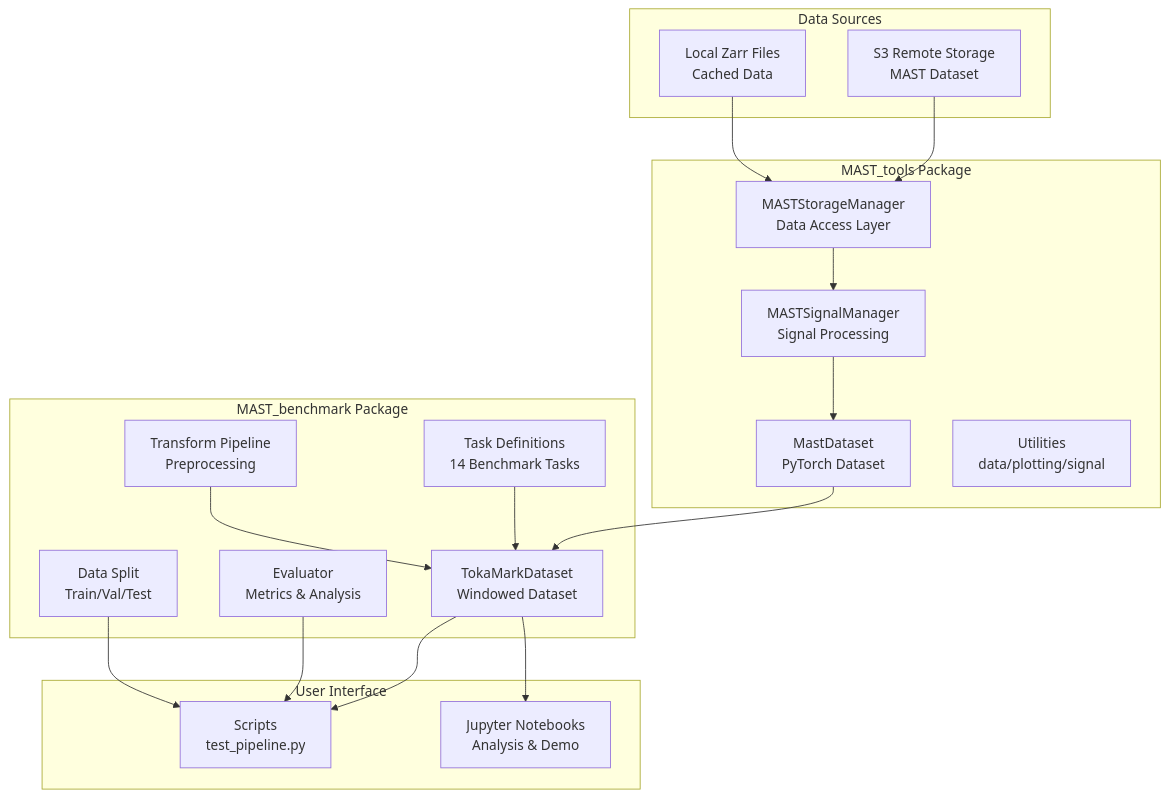
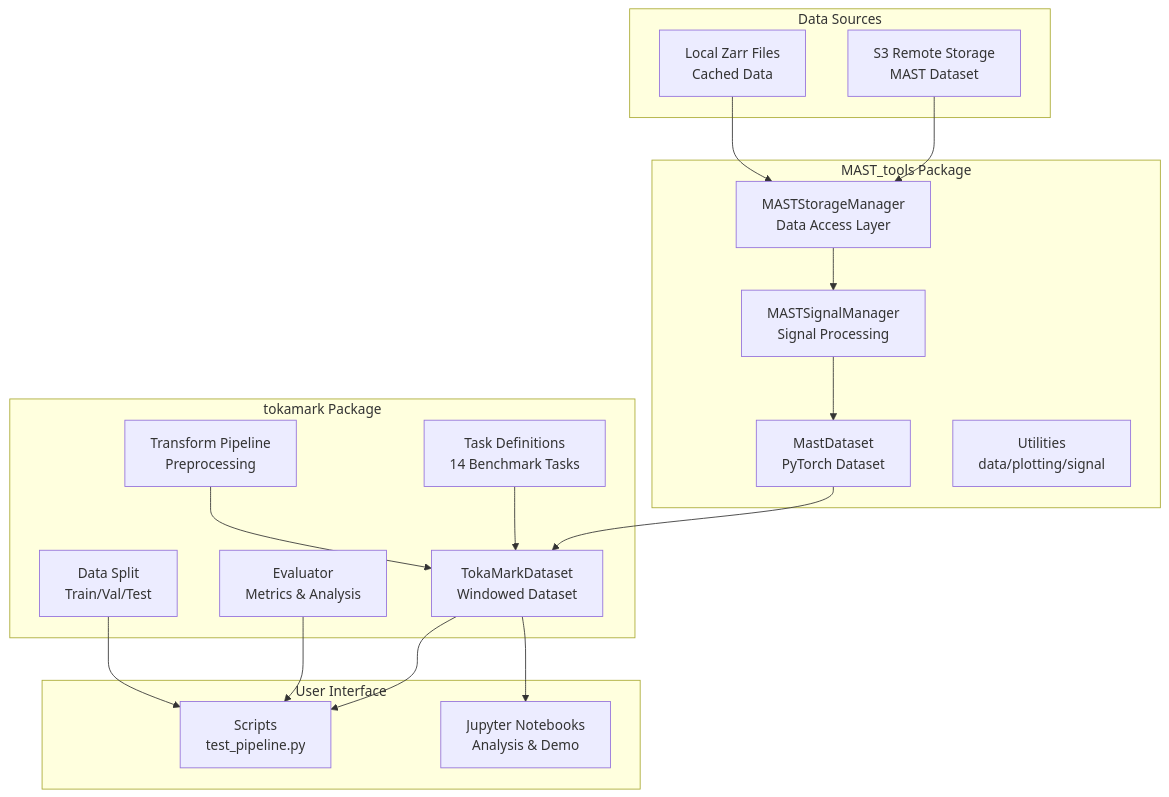
Before and after one commit to DataScienceLabFHSWF/tokamark: the first of 2 diagrams in README.md, drawn with Mermaid. The commit also changed other lines of this file and 43 other files, not shown here.

Commit message:
Fix: Change MAST_benchmark to tokamark

````diff
--- a/README.md
+++ b/README.md
@@ -61,39 +61,39 @@
 ```mermaid
 graph TB
     subgraph "Data Sources"
         S3[S3 Remote Storage<br/>MAST Dataset]
         LOCAL[Local Zarr Files<br/>Cached Data]
     end
     
     subgraph "MAST_tools Package"
         SM[MASTStorageManager<br/>Data Access Layer]
         SIG[MASTSignalManager<br/>Signal Processing]
         MD[MastDataset<br/>PyTorch Dataset]
         UTILS[Utilities<br/>data/plotting/signal]
     end
     
-    subgraph "MAST_benchmark Package"
+    subgraph "tokamark Package"
         TASKS[Task Definitions<br/>14 Benchmark Tasks]
         TM[TokaMarkDataset<br/>Windowed Dataset]
         TRANS[Transform Pipeline<br/>Preprocessing]
         EVAL[Evaluator<br/>Metrics & Analysis]
         SPLIT[Data Split<br/>Train/Val/Test]
     end
     
     subgraph "User Interface"
         SCRIPTS[Scripts<br/>test_pipeline.py]
         NOTEBOOKS[Jupyter Notebooks<br/>Analysis & Demo]
     end
     
     S3 --> SM
     LOCAL --> SM
     SM --> SIG
     SIG --> MD
     MD --> TM
     TASKS --> TM
     TRANS --> TM
     TM --> SCRIPTS
     TM --> NOTEBOOKS
     EVAL --> SCRIPTS
     SPLIT --> SCRIPTS
 ```
````
